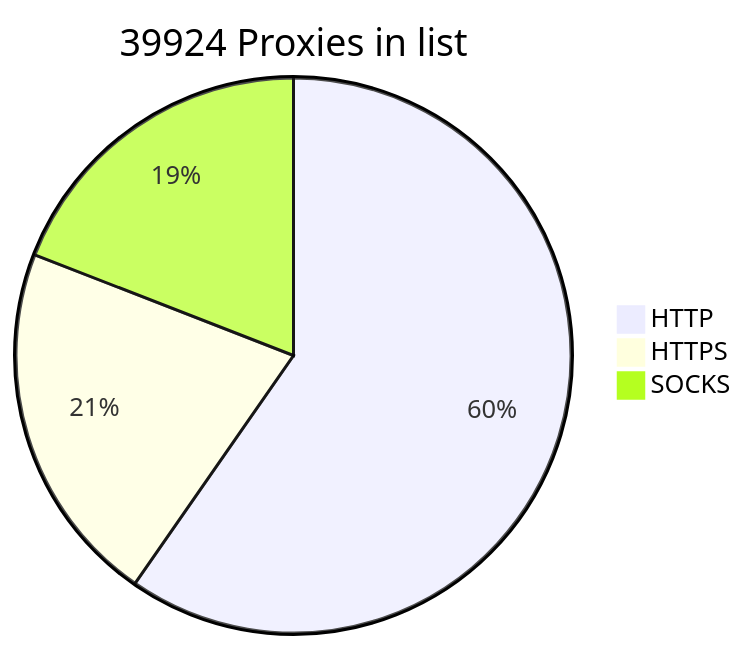
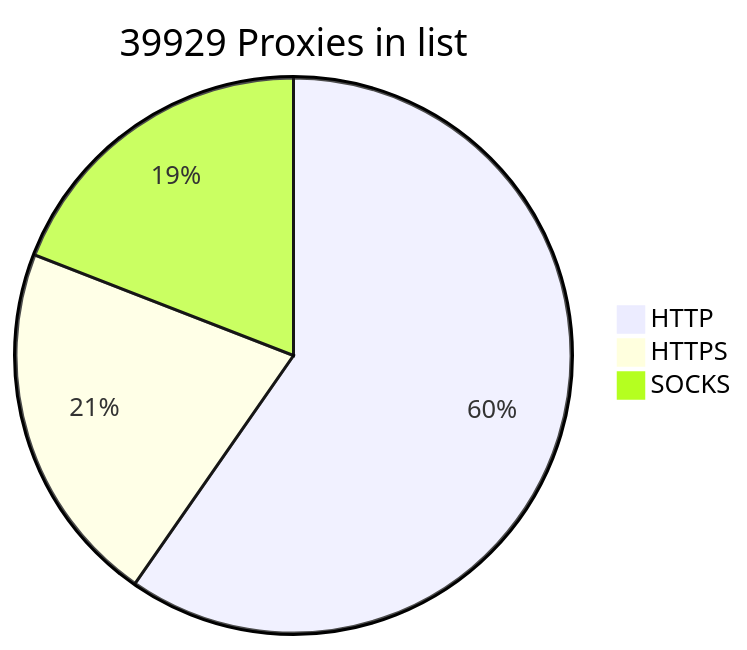
Before and after one commit to BlackSnowDot/proxylist-update-every-minute: the diagram in README.md, drawn with Mermaid.

````diff
--- a/README.md
+++ b/README.md
@@ -2,6 +2,6 @@
 ```mermaid
-pie title 39924 Proxies in list
+pie title 39929 Proxies in list
     "HTTP" : 27748
     "HTTPS": 9874
-    "SOCKS" : 8879
+    "SOCKS" : 8884
 ```
````
